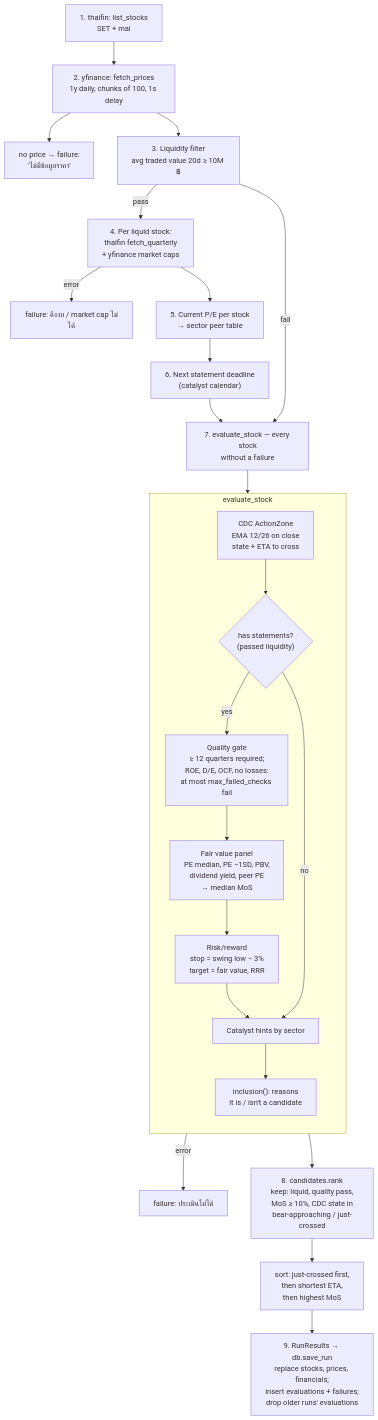
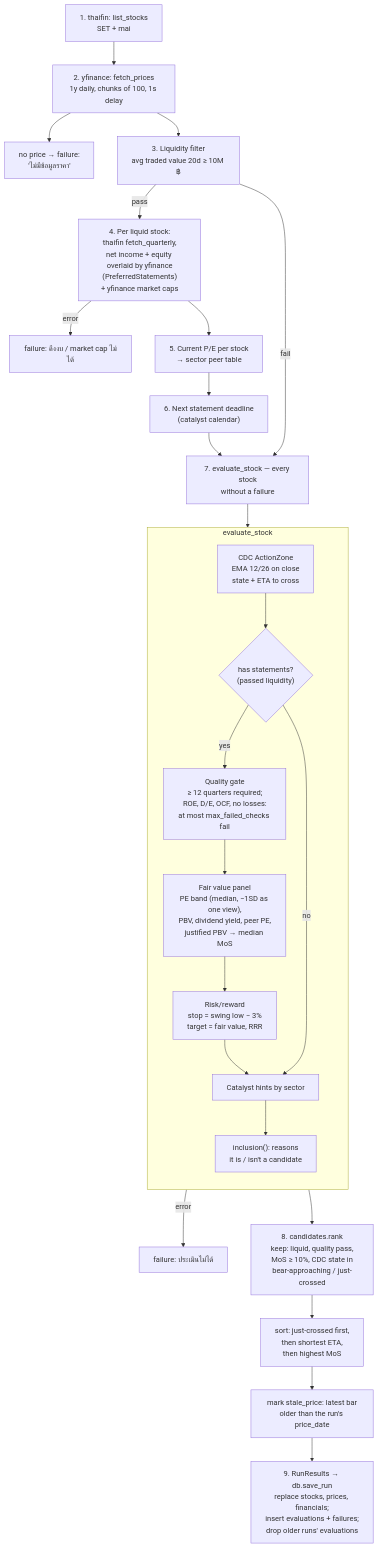
One commit to wichaisw/stock-thesis changed the second of 3 diagrams in docs/batch-flow.md. Above: the diagram before and after it, drawn with Mermaid. The commit also changed other lines of this file and 1 other file, not shown here.

Commit message:
docs: explain where the app gets its data

````diff
--- a/docs/batch-flow.md
+++ b/docs/batch-flow.md
@@ -36,34 +39,35 @@
 ```mermaid
 flowchart TD
     A["1. thaifin: list_stocks<br/>SET + mai"] --> B["2. yfinance: fetch_prices<br/>1y daily, chunks of 100, 1s delay"]
     B --> B1["no price → failure:<br/>'ไม่มีข้อมูลราคา'"]
     B --> C["3. Liquidity filter<br/>avg traded value 20d ≥ 10M ฿"]
 
-    C -->|pass| D["4. Per liquid stock:<br/>thaifin fetch_quarterly<br/>+ yfinance market caps"]
+    C -->|pass| D["4. Per liquid stock:<br/>thaifin fetch_quarterly,<br/>net income + equity overlaid by yfinance<br/>(PreferredStatements)<br/>+ yfinance market caps"]
     C -->|fail| E
     D -->|error| D1["failure: ดึงงบ / market cap ไม่ได้"]
     D --> P["5. Current P/E per stock<br/>→ sector peer table"]
     P --> N["6. Next statement deadline<br/>(catalyst calendar)"]
     N --> E["7. evaluate_stock — every stock<br/>without a failure"]
 
     subgraph EV["evaluate_stock"]
         direction TB
         E1["CDC ActionZone<br/>EMA 12/26 on close<br/>state + ETA to cross"]
         E2{"has statements?<br/>(passed liquidity)"}
         E3["Quality gate<br/>≥ 12 quarters required;<br/>ROE, D/E, OCF, no losses:<br/>at most max_failed_checks fail"]
-        E4["Fair value panel<br/>PE median, PE −1SD, PBV,<br/>dividend yield, peer PE<br/>→ median MoS"]
+        E4["Fair value panel<br/>PE band (median, −1SD as one view),<br/>PBV, dividend yield, peer PE,<br/>justified PBV → median MoS"]
         E5["Risk/reward<br/>stop = swing low − 3%<br/>target = fair value, RRR"]
         E6["Catalyst hints by sector"]
         E7["inclusion(): reasons<br/>it is / isn't a candidate"]
         E1 --> E2
         E2 -- yes --> E3 --> E4 --> E5 --> E6
         E2 -- no --> E6
         E6 --> E7
     end
 
     E --> EV
     EV -->|error| E8["failure: ประเมินไม่ได้"]
     EV --> R["8. candidates.rank<br/>keep: liquid, quality pass,<br/>MoS ≥ 10%, CDC state in<br/>bear-approaching / just-crossed"]
     R --> S["sort: just-crossed first,<br/>then shortest ETA,<br/>then highest MoS"]
-    S --> O["9. RunResults → db.save_run<br/>replace stocks, prices, financials;<br/>insert evaluations + failures;<br/>drop older runs' evaluations"]
+    S --> ST["mark stale_price: latest bar<br/>older than the run's price_date"]
+    ST --> O["9. RunResults → db.save_run<br/>replace stocks, prices, financials;<br/>insert evaluations + failures;<br/>drop older runs' evaluations"]
 ```
````
